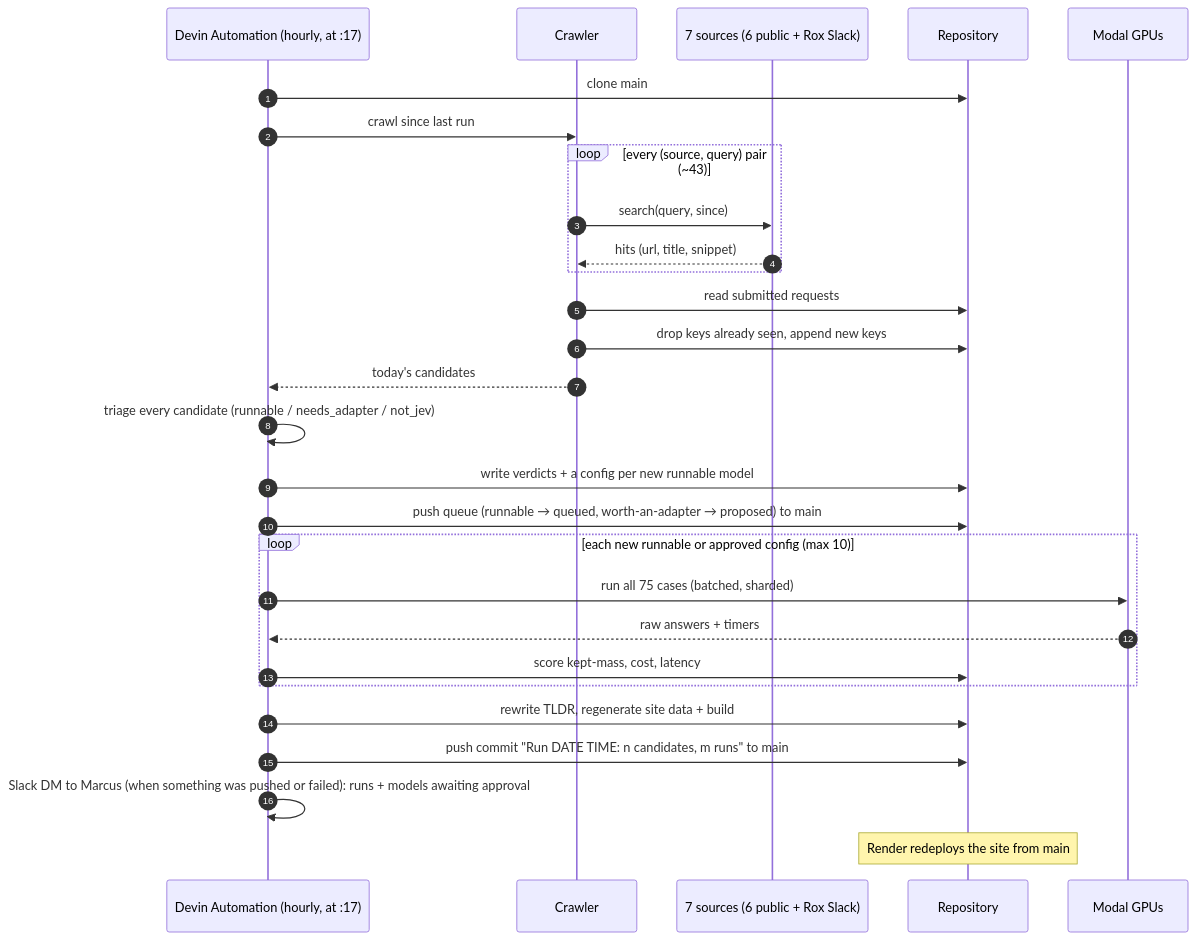
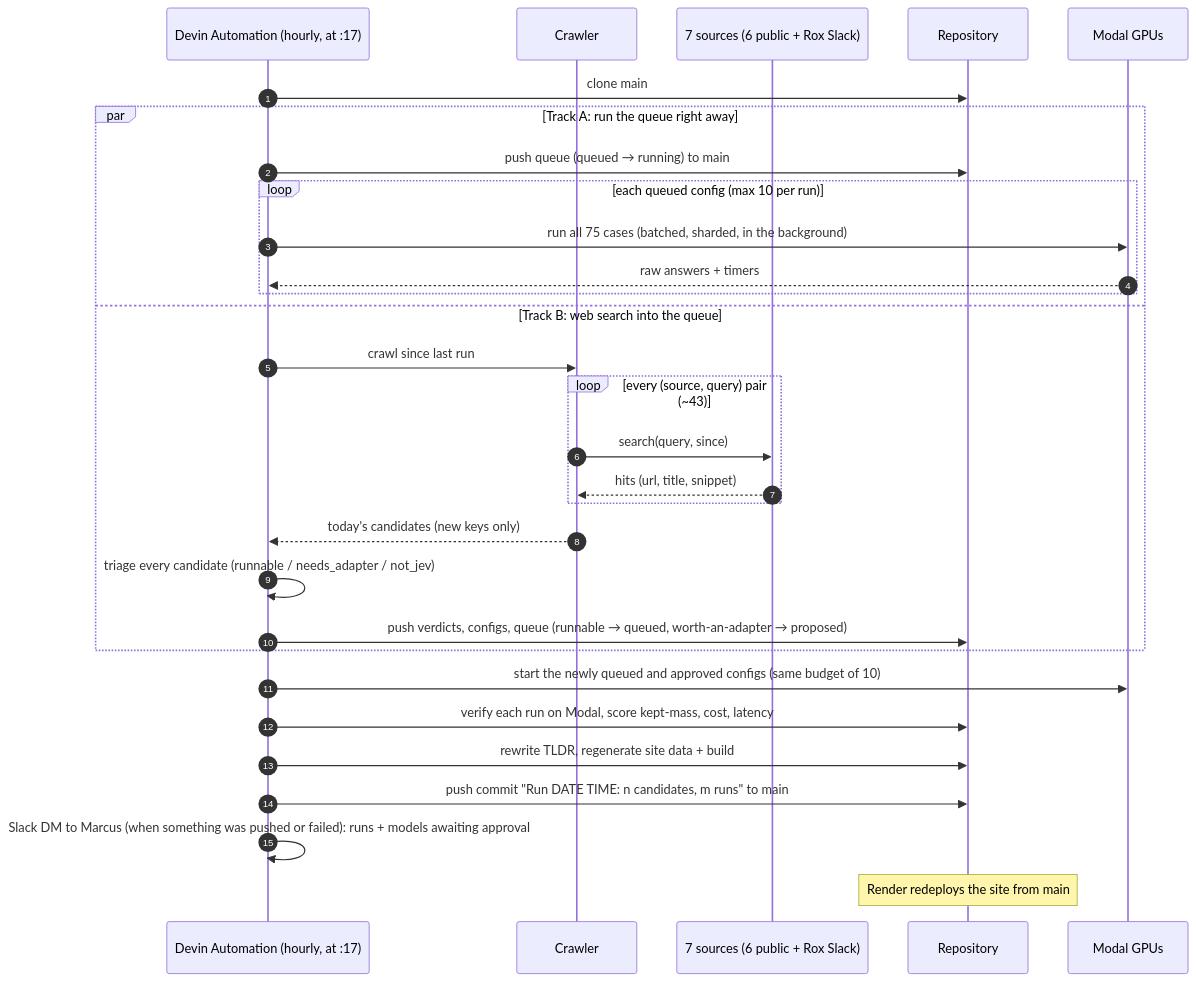
One commit to marcus-rox/jev-tracker changed the second of 3 diagrams in README.md. Above: the diagram before and after it, drawn with Mermaid. The commit also changed other lines of this file and 1 other file, not shown here.

Commit message:
docs: hourly automation runs the queue on Modal right away (Track A) while the web search fills the queue in parallel (Track B)

````diff
--- a/README.md
+++ b/README.md
@@ -79,30 +79,32 @@
 ```mermaid
 sequenceDiagram
   autonumber
   participant A as Devin Automation (hourly, at :17)
   participant C as Crawler
   participant S as 7 sources (6 public + Rox Slack)
   participant R as Repository
   participant M as Modal GPUs
   A->>R: clone main
-  A->>C: crawl since last run
-  loop every (source, query) pair (~43)
-    C->>S: search(query, since)
-    S-->>C: hits (url, title, snippet)
+  par Track A: run the queue right away
+    A->>R: push queue (queued → running) to main
+    loop each queued config (max 10 per run)
+      A->>M: run all 75 cases (batched, sharded, in the background)
+      M-->>A: raw answers + timers
+    end
+  and Track B: web search into the queue
+    A->>C: crawl since last run
+    loop every (source, query) pair (~43)
+      C->>S: search(query, since)
+      S-->>C: hits (url, title, snippet)
+    end
+    C-->>A: today's candidates (new keys only)
+    A->>A: triage every candidate (runnable / needs_adapter / not_jev)
+    A->>R: push verdicts, configs, queue (runnable → queued, worth-an-adapter → proposed)
   end
-  C->>R: read submitted requests
-  C->>R: drop keys already seen, append new keys
-  C-->>A: today's candidates
-  A->>A: triage every candidate (runnable / needs_adapter / not_jev)
-  A->>R: write verdicts + a config per new runnable model
-  A->>R: push queue (runnable → queued, worth-an-adapter → proposed) to main
-  loop each new runnable or approved config (max 10)
-    A->>M: run all 75 cases (batched, sharded)
-    M-->>A: raw answers + timers
-    A->>R: score kept-mass, cost, latency
-  end
+  A->>M: start the newly queued and approved configs (same budget of 10)
+  A->>R: verify each run on Modal, score kept-mass, cost, latency
   A->>R: rewrite TLDR, regenerate site data + build
   A->>R: push commit "Run DATE TIME: n candidates, m runs" to main
   A->>A: Slack DM to Marcus (when something was pushed or failed): runs + models awaiting approval
   Note over R: Render redeploys the site from main
 ```
````
